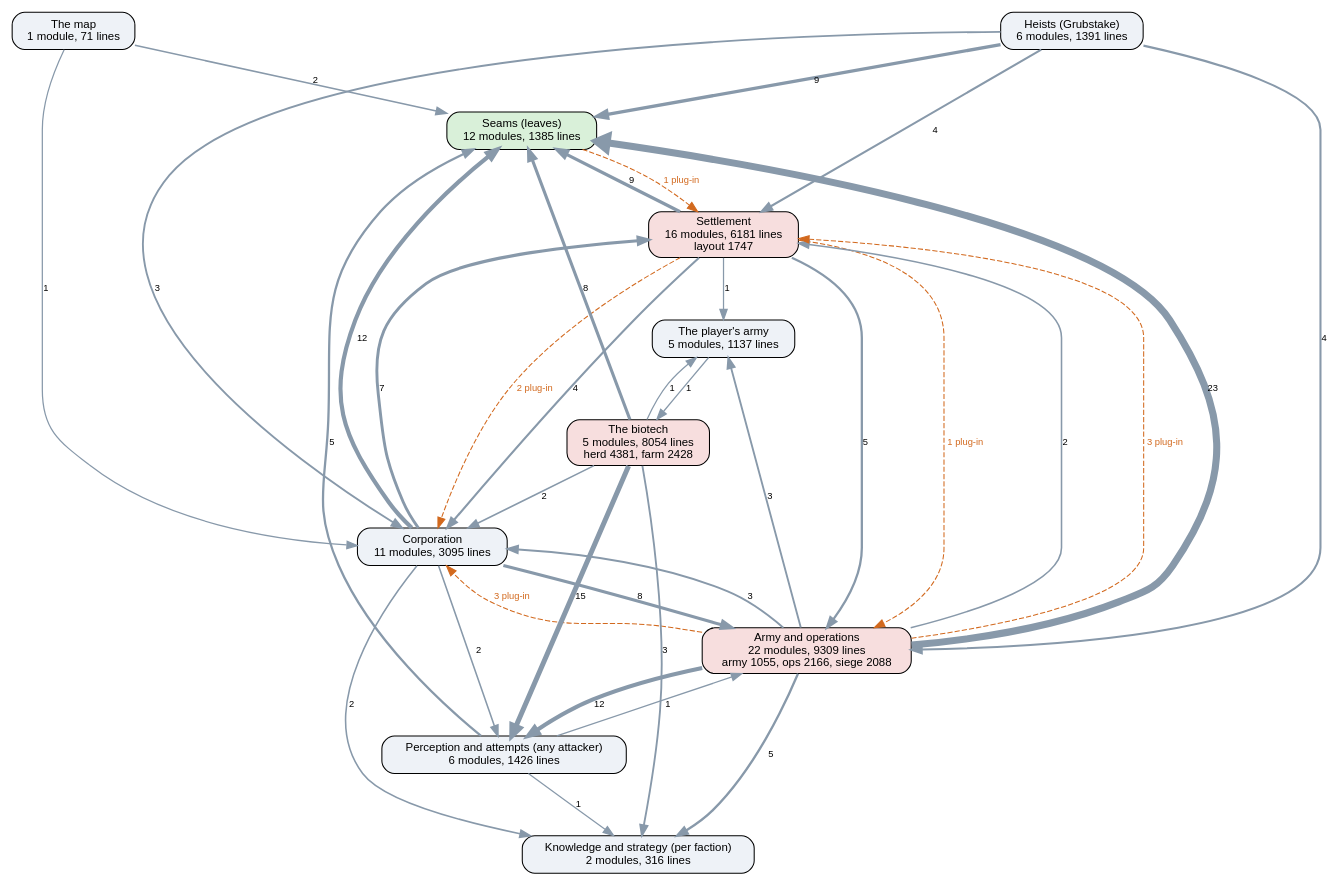
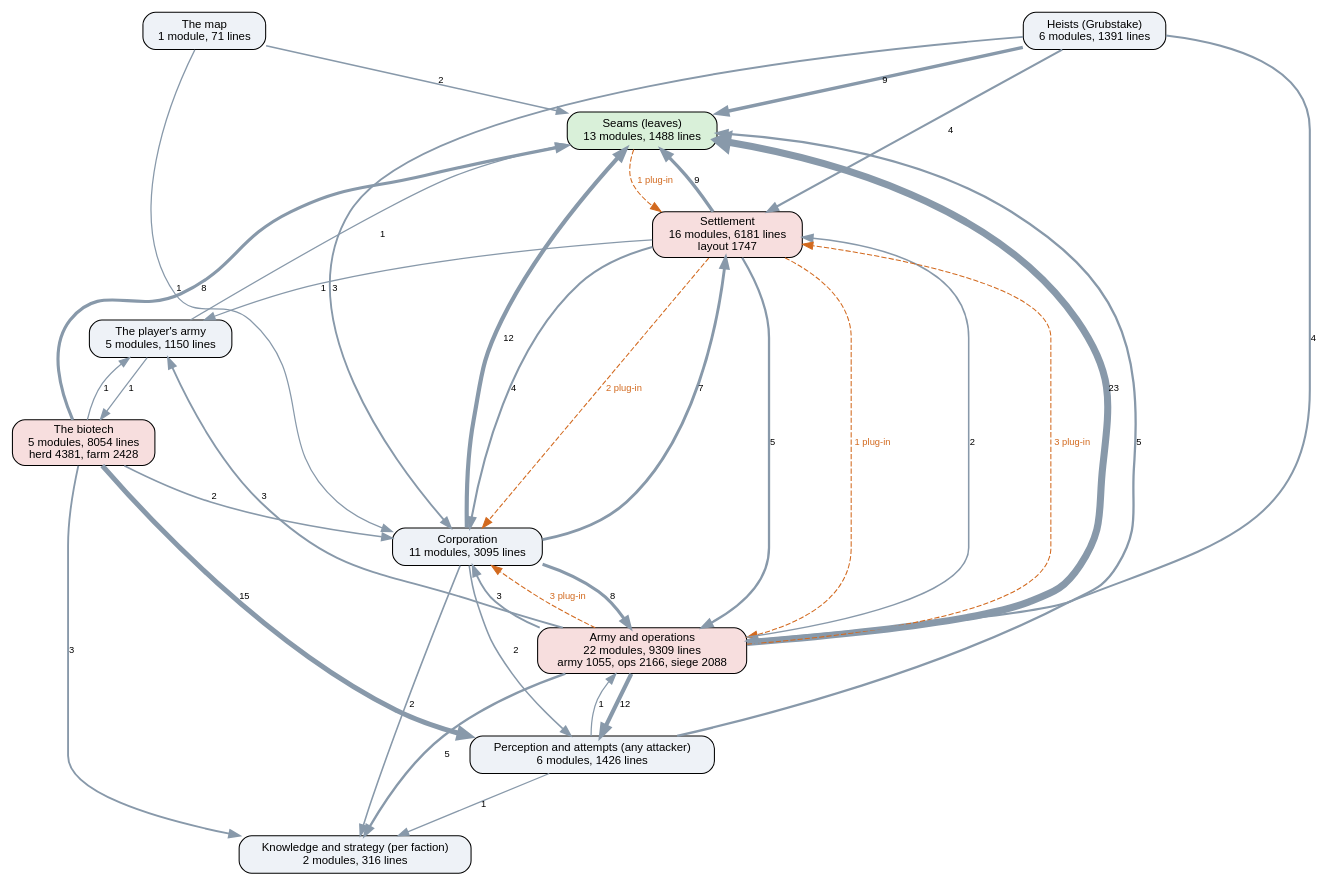
Before and after one commit to kinelhu/landing-party: the diagram in docs/ai-layers.dot, drawn with Graphviz. The commit also changed 15 other files, not shown here.

```diff
--- a/docs/ai-layers.dot
+++ b/docs/ai-layers.dot
@@ -1,50 +1,51 @@
 digraph layers {
   graph [rankdir=TB, fontname="Helvetica", nodesep=0.5, ranksep=0.7];
   node [shape=box, style="rounded,filled", fontname="Helvetica", fontsize=11, fillcolor="#eef2f7"];
   edge [color="#8899aa", fontname="Helvetica", fontsize=9];
-  "Seams (leaves)" [label="Seams (leaves)\n12 modules, 1385 lines", fillcolor="#d9f0d9"];
+  "Seams (leaves)" [label="Seams (leaves)\n13 modules, 1488 lines", fillcolor="#d9f0d9"];
   "Perception and attempts (any attacker)" [label="Perception and attempts (any attacker)\n6 modules, 1426 lines", fillcolor="#eef2f7"];
   "Knowledge and strategy (per faction)" [label="Knowledge and strategy (per faction)\n2 modules, 316 lines", fillcolor="#eef2f7"];
   "Corporation" [label="Corporation\n11 modules, 3095 lines", fillcolor="#eef2f7"];
   "Settlement" [label="Settlement\n16 modules, 6181 lines\nlayout 1747", fillcolor="#f7dede"];
   "Army and operations" [label="Army and operations\n22 modules, 9309 lines\narmy 1055, ops 2166, siege 2088", fillcolor="#f7dede"];
   "Heists (Grubstake)" [label="Heists (Grubstake)\n6 modules, 1391 lines", fillcolor="#eef2f7"];
   "The biotech" [label="The biotech\n5 modules, 8054 lines\nherd 4381, farm 2428", fillcolor="#f7dede"];
   "The map" [label="The map\n1 module, 71 lines", fillcolor="#eef2f7"];
-  "The player's army" [label="The player's army\n5 modules, 1137 lines", fillcolor="#eef2f7"];
+  "The player's army" [label="The player's army\n5 modules, 1150 lines", fillcolor="#eef2f7"];
   "Army and operations" -> "Corporation" [label="3", penwidth=1.8];
   "Army and operations" -> "Knowledge and strategy (per faction)" [label="5", penwidth=2.2];
   "Army and operations" -> "Perception and attempts (any attacker)" [label="12", penwidth=4.0];
   "Army and operations" -> "Seams (leaves)" [label="23", penwidth=6.8];
   "Army and operations" -> "Settlement" [label="2", penwidth=1.5];
   "Army and operations" -> "The player's army" [label="3", penwidth=1.8];
   "Corporation" -> "Army and operations" [label="8", penwidth=3.0];
   "Corporation" -> "Knowledge and strategy (per faction)" [label="2", penwidth=1.5];
   "Corporation" -> "Perception and attempts (any attacker)" [label="2", penwidth=1.5];
   "Corporation" -> "Seams (leaves)" [label="12", penwidth=4.0];
   "Corporation" -> "Settlement" [label="7", penwidth=2.8];
   "Heists (Grubstake)" -> "Army and operations" [label="4", penwidth=2.0];
   "Heists (Grubstake)" -> "Corporation" [label="3", penwidth=1.8];
   "Heists (Grubstake)" -> "Seams (leaves)" [label="9", penwidth=3.2];
   "Heists (Grubstake)" -> "Settlement" [label="4", penwidth=2.0];
   "Perception and attempts (any attacker)" -> "Army and operations" [label="1", penwidth=1.2];
   "Perception and attempts (any attacker)" -> "Knowledge and strategy (per faction)" [label="1", penwidth=1.2];
   "Perception and attempts (any attacker)" -> "Seams (leaves)" [label="5", penwidth=2.2];
   "Settlement" -> "Army and operations" [label="5", penwidth=2.2];
   "Settlement" -> "Corporation" [label="4", penwidth=2.0];
   "Settlement" -> "Seams (leaves)" [label="9", penwidth=3.2];
   "Settlement" -> "The player's army" [label="1", penwidth=1.2];
   "The biotech" -> "Corporation" [label="2", penwidth=1.5];
   "The biotech" -> "Knowledge and strategy (per faction)" [label="3", penwidth=1.8];
   "The biotech" -> "Perception and attempts (any attacker)" [label="15", penwidth=4.8];
   "The biotech" -> "Seams (leaves)" [label="8", penwidth=3.0];
   "The biotech" -> "The player's army" [label="1", penwidth=1.2];
   "The map" -> "Corporation" [label="1", penwidth=1.2];
   "The map" -> "Seams (leaves)" [label="2", penwidth=1.5];
+  "The player's army" -> "Seams (leaves)" [label="1", penwidth=1.2];
   "The player's army" -> "The biotech" [label="1", penwidth=1.2];
   "Army and operations" -> "Corporation" [style=dashed, color="#d2691e", fontcolor="#d2691e", label="3 plug-in"];
   "Army and operations" -> "Settlement" [style=dashed, color="#d2691e", fontcolor="#d2691e", label="3 plug-in"];
   "Seams (leaves)" -> "Settlement" [style=dashed, color="#d2691e", fontcolor="#d2691e", label="1 plug-in"];
   "Settlement" -> "Army and operations" [style=dashed, color="#d2691e", fontcolor="#d2691e", label="1 plug-in"];
   "Settlement" -> "Corporation" [style=dashed, color="#d2691e", fontcolor="#d2691e", label="2 plug-in"];
 }
```
